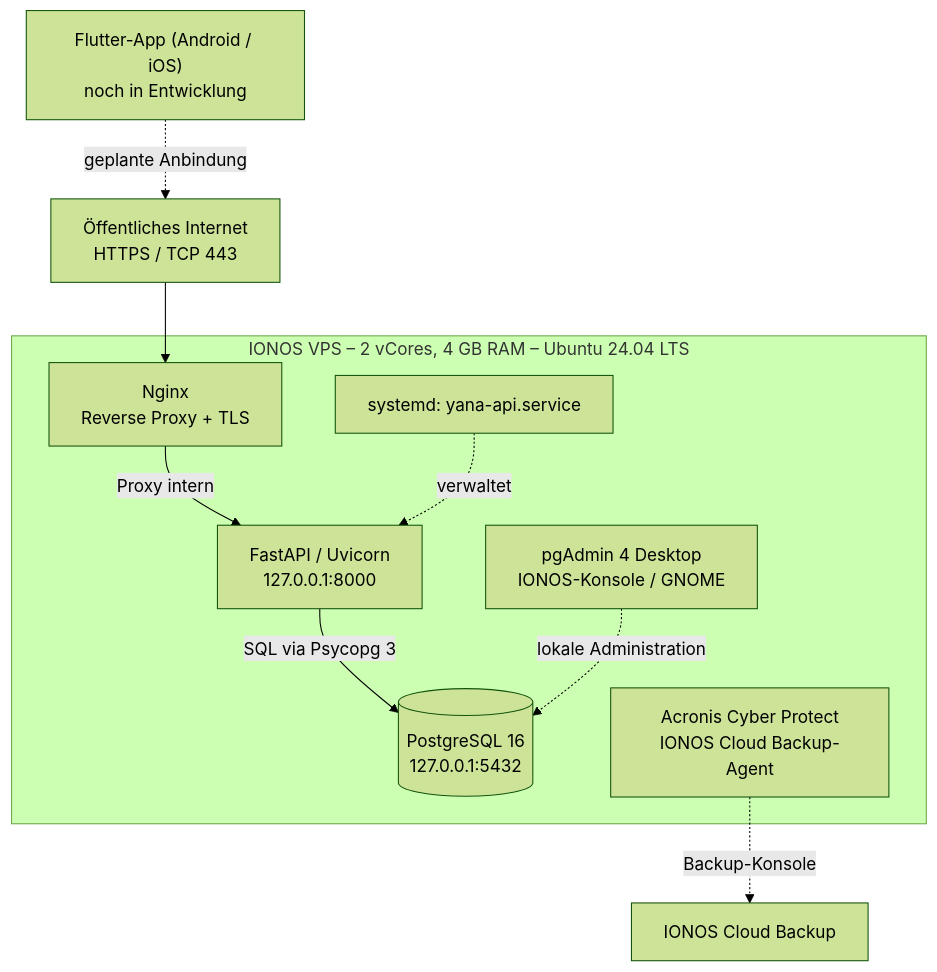
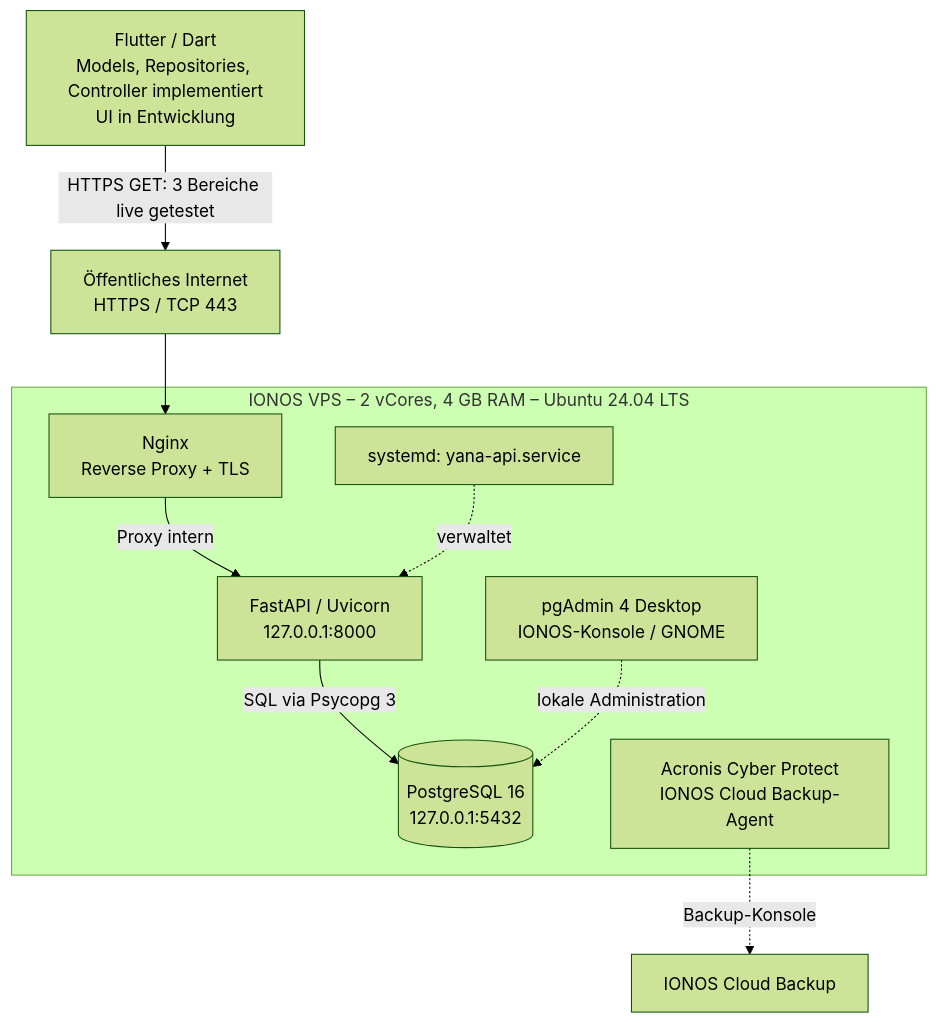
One commit to Pferdusmaximus/YANA-A-B-S changed the first of 2 diagrams in docs/technik/architektur.md. Above: the diagram before and after it, drawn with Mermaid (forest theme). The commit also changed other lines of this file and 17 other files, not shown here.

````diff
--- a/docs/technik/architektur.md
+++ b/docs/technik/architektur.md
@@ -7,20 +7,20 @@
 ```mermaid
 flowchart TB
-    C["Flutter-App (Android / iOS)\nnoch in Entwicklung"]
+    C["Flutter / Dart\nModels, Repositories, Controller implementiert\nUI in Entwicklung"]
     P["Öffentliches Internet\nHTTPS / TCP 443"]
     subgraph VPS["IONOS VPS – 2 vCores, 4 GB RAM – Ubuntu 24.04 LTS"]
       N["Nginx\nReverse Proxy + TLS"]
       F["FastAPI / Uvicorn\n127.0.0.1:8000"]
       DB[("PostgreSQL 16\n127.0.0.1:5432")]
       S["systemd: yana-api.service"]
       B["Acronis Cyber Protect\nIONOS Cloud Backup-Agent"]
       ADM["pgAdmin 4 Desktop\nIONOS-Konsole / GNOME"]
       N -->|"Proxy intern"| F
       F -->|"SQL via Psycopg 3"| DB
       S -.->|"verwaltet"| F
       ADM -.->|"lokale Administration"| DB
     end
-    C -.->|"geplante Anbindung"| P
+    C -->|"HTTPS GET: 3 Bereiche live getestet"| P
     P --> N
     B -.->|"Backup-Konsole"| X["IONOS Cloud Backup"]
 ```
````
